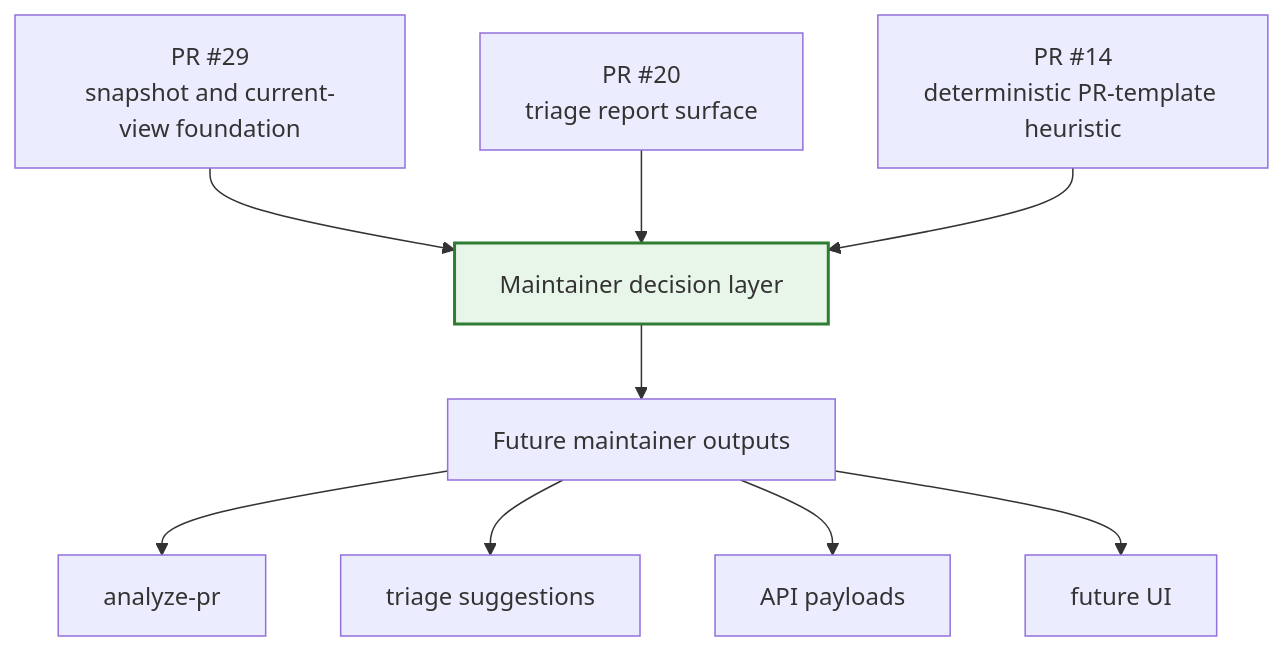
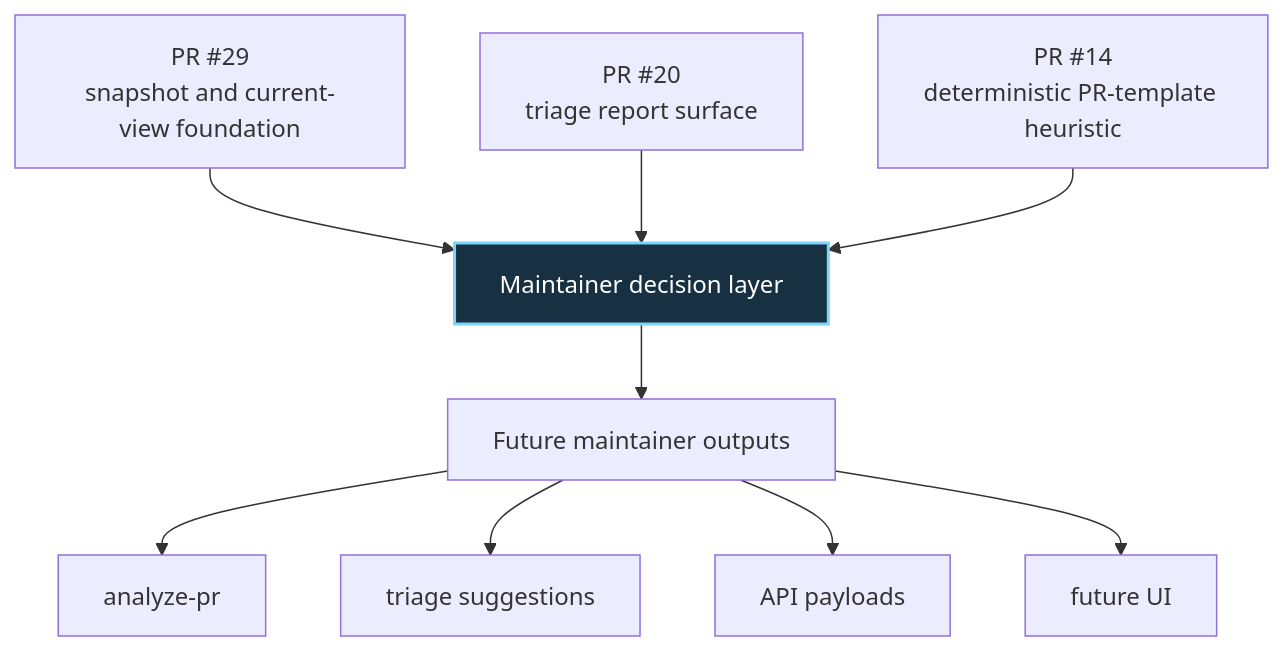
The fifth of 6 diagrams in docs/designs/maintainer-decision-layer.md (pwrdrvr/ghcrawl), drawn with Mermaid before and after one commit. The commit also changed other lines of this file and 1 other file, not shown here.

Commit message:
docs: clarify roadmap boundaries and diagram contrast

````diff
--- a/docs/designs/maintainer-decision-layer.md
+++ b/docs/designs/maintainer-decision-layer.md
@@ -317,20 +324,20 @@
 ```mermaid
 flowchart TD
     A[PR #29<br/>snapshot and current-view foundation]
     B[PR #20<br/>triage report surface]
     C[PR #14<br/>deterministic PR-template heuristic]
     D[Maintainer decision layer]
     E[Future maintainer outputs]
 
     A --> D
     B --> D
     C --> D
     D --> E
 
     E --> E1[analyze-pr]
     E --> E2[triage suggestions]
     E --> E3[API payloads]
     E --> E4[future UI]
 
-    style D fill:#e8f5e9,stroke:#2e7d32,stroke-width:2px
+    style D fill:#173042,stroke:#7dd3fc,stroke-width:2px,color:#ffffff
 ```
````
